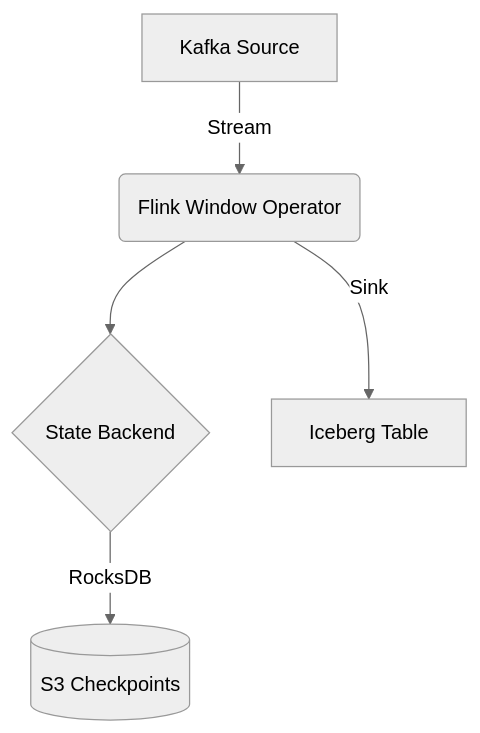
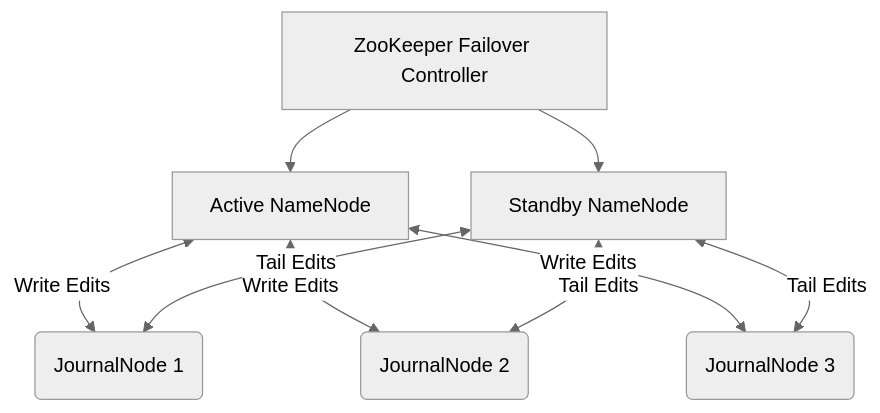
Before and after one commit to j4flmao/agent-skills: the diagram in skills/data/data-distributed-storage/references/architecture_patterns.md, drawn with Mermaid (neutral theme). The commit also changed other lines of this file and 85 other files, not shown here.

````diff
--- a/skills/data/data-distributed-storage/references/architecture_patterns.md
+++ b/skills/data/data-distributed-storage/references/architecture_patterns.md
@@ -121,7 +27,11 @@
 ```mermaid
 graph TD
-    A[Kafka Source] -->|Stream| B(Flink Window Operator)
-    B --> C{State Backend}
-    C -->|RocksDB| D[(S3 Checkpoints)]
-    B -->|Sink| E[Iceberg Table]
+    A[Active NameNode] <-->|Write Edits| B(JournalNode 1)
+    A <-->|Write Edits| C(JournalNode 2)
+    A <-->|Write Edits| D(JournalNode 3)
+    E[Standby NameNode] <-->|Tail Edits| B
+    E <-->|Tail Edits| C
+    E <-->|Tail Edits| D
+    F[ZooKeeper Failover Controller] --> A
+    F --> E
 ```
````
